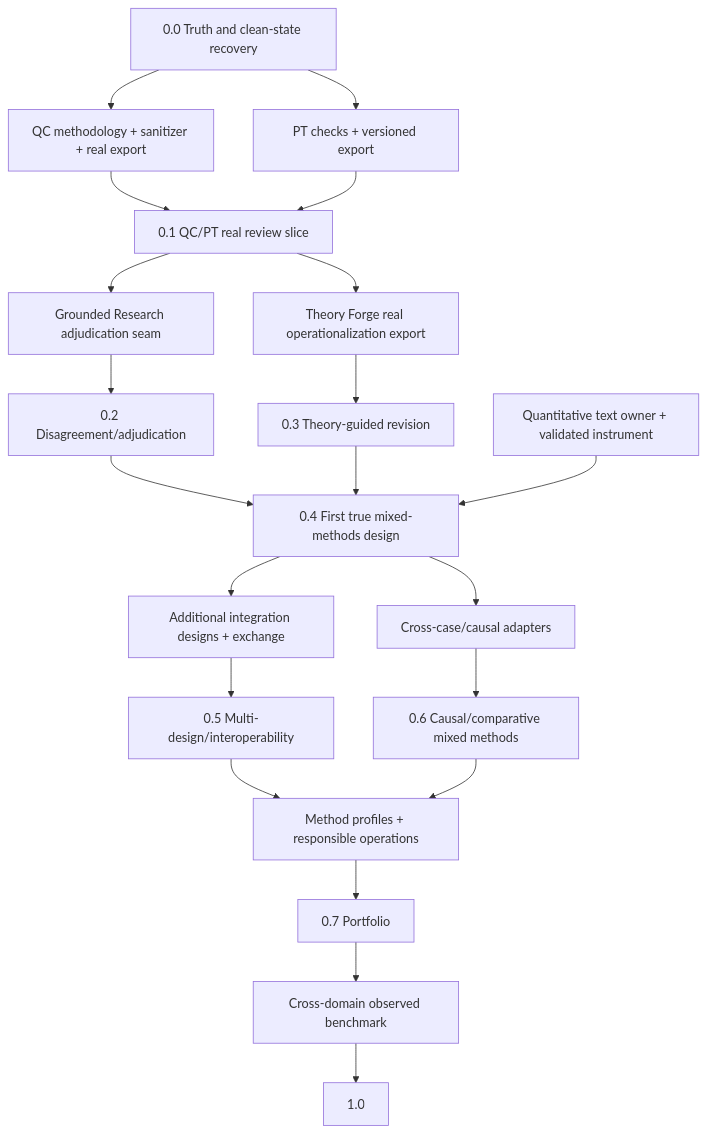
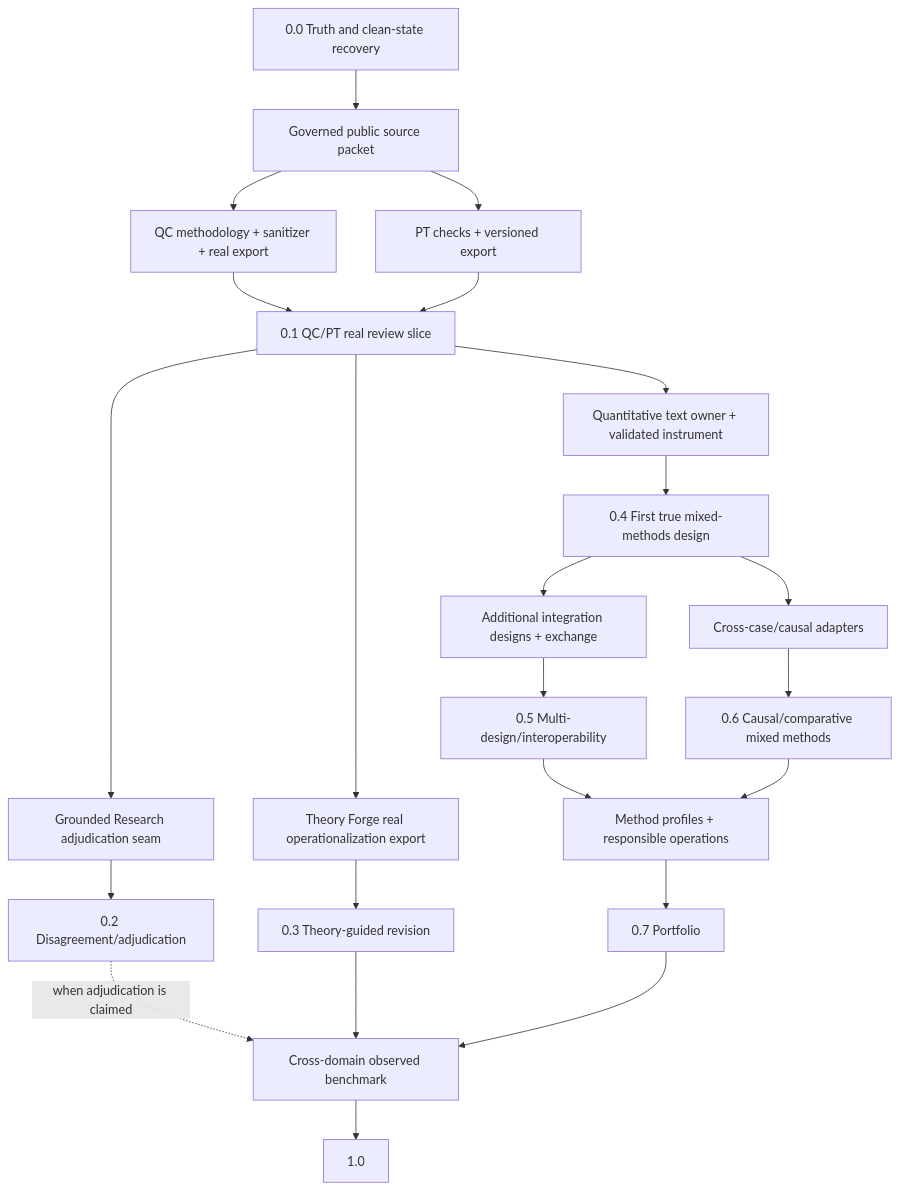
Before and after one commit to BrianMills2718/mixed_methods_workbench: the diagram in docs/ROADMAP.md, drawn with Mermaid. The commit also changed other lines of this file and 20 other files, not shown here.

````diff
--- a/docs/ROADMAP.md
+++ b/docs/ROADMAP.md
@@ -291,36 +309,38 @@
 ```mermaid
 flowchart TD
   T0["0.0 Truth and clean-state recovery"]
+  GOV["Governed public source packet"]
   QC["QC methodology + sanitizer + real export"]
   PT["PT checks + versioned export"]
   W01["0.1 QC/PT real review slice"]
   GR["Grounded Research adjudication seam"]
   W02["0.2 Disagreement/adjudication"]
   TF["Theory Forge real operationalization export"]
   W03["0.3 Theory-guided revision"]
   QT["Quantitative text owner + validated instrument"]
   W04["0.4 First true mixed-methods design"]
   DES["Additional integration designs + exchange"]
   W05["0.5 Multi-design/interoperability"]
   CAUSAL["Cross-case/causal adapters"]
   W06["0.6 Causal/comparative mixed methods"]
   PORT["Method profiles + responsible operations"]
   W07["0.7 Portfolio"]
   EVAL["Cross-domain observed benchmark"]
   W10["1.0"]
 
-  T0 --> QC
-  T0 --> PT
+  T0 --> GOV
+  GOV --> QC
+  GOV --> PT
   QC --> W01
   PT --> W01
   W01 --> GR --> W02
   W01 --> TF --> W03
-  W02 --> W04
-  W03 --> W04
-  QT --> W04
+  W01 --> QT --> W04
   W04 --> DES --> W05
   W04 --> CAUSAL --> W06
   W05 --> PORT
   W06 --> PORT
+  W02 -. "when adjudication is claimed" .-> EVAL
+  W03 --> EVAL
   PORT --> W07 --> EVAL --> W10
 ```
````
